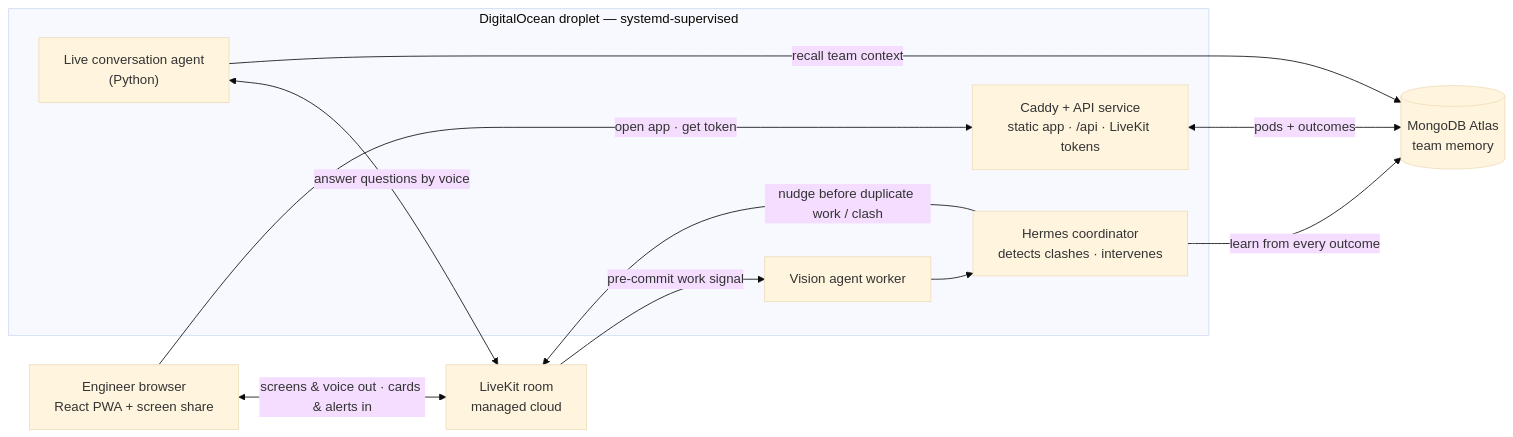
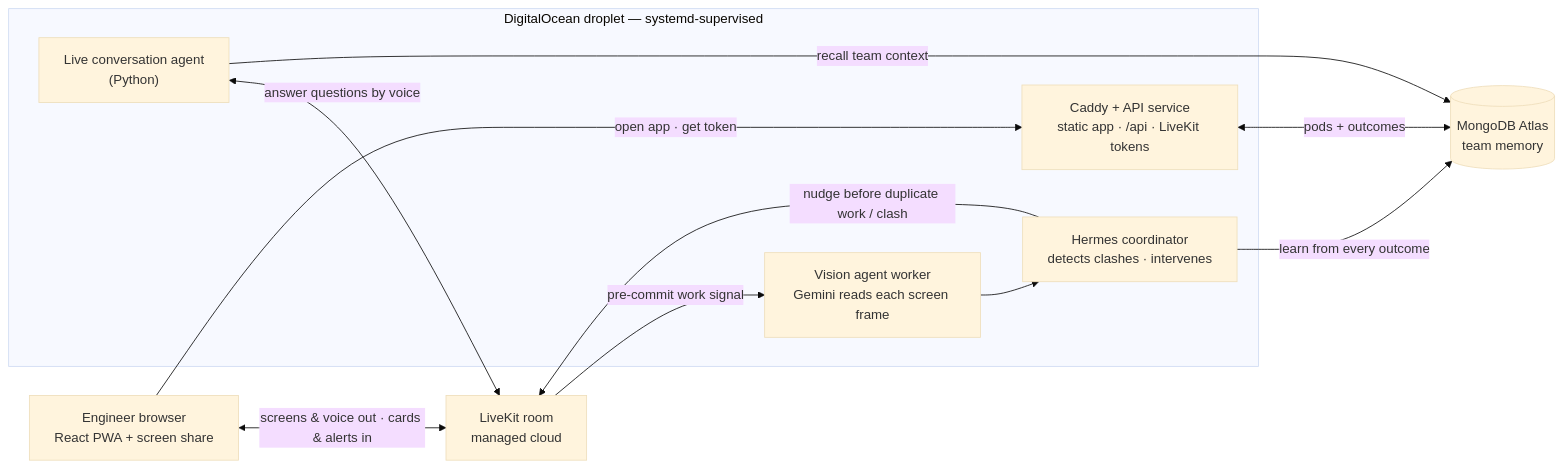
The first of 3 diagrams in README.md (karti-ai/podman), drawn with Mermaid (base theme) before and after one commit.

Commit message:
docs: surface Gemini in vision agent node
Make it explicit in the infra diagram that the vision agent worker uses
Gemini to read each screen frame.

Claude-Session: https://claude.ai/code/session_01LuV8W8oNYRsDWKoqK8Mkqc

````diff
--- a/README.md
+++ b/README.md
@@ -105,23 +105,23 @@
 ```mermaid
 flowchart LR
   Dev["Engineer browser<br/>React PWA + screen share"]
 
   subgraph DO["DigitalOcean droplet — systemd-supervised"]
     WebApi["Caddy + API service<br/>static app · /api · LiveKit tokens"]
-    Agent["Vision agent worker"]
+    Agent["Vision agent worker<br/>Gemini reads each screen frame"]
     Coord["Hermes coordinator<br/>detects clashes · intervenes"]
     PyAgent["Live conversation agent<br/>(Python)"]
   end
 
   LK["LiveKit room<br/>managed cloud"]
   Mongo[("MongoDB Atlas<br/>team memory")]
 
   Dev -->|"open app · get token"| WebApi
   Dev <-->|"screens & voice out · cards & alerts in"| LK
   LK -->|"pre-commit work signal"| Agent --> Coord
   Coord -->|"nudge before duplicate work / clash"| LK
   PyAgent <-->|"answer questions by voice"| LK
   Coord -->|"learn from every outcome"| Mongo
   PyAgent -->|"recall team context"| Mongo
   WebApi <-->|"pods + outcomes"| Mongo
 ```
````
